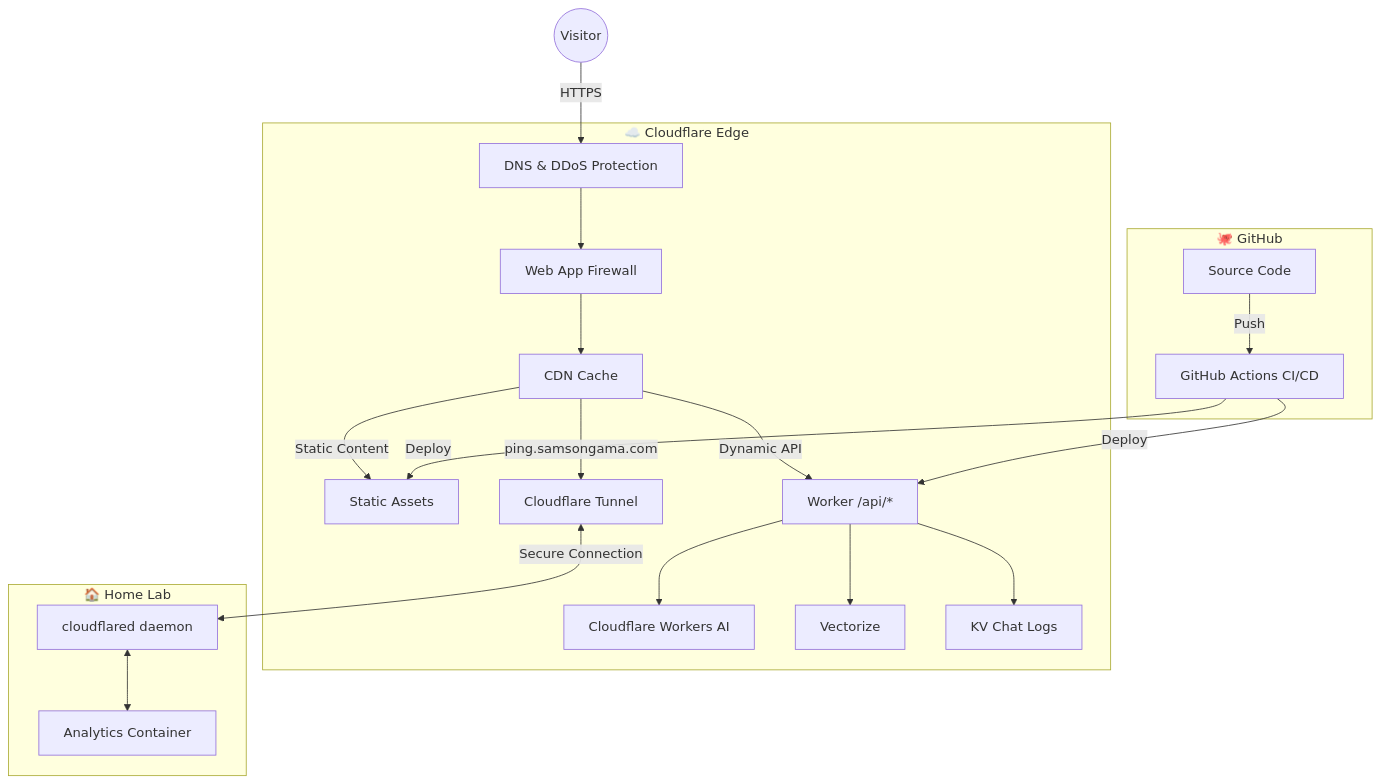
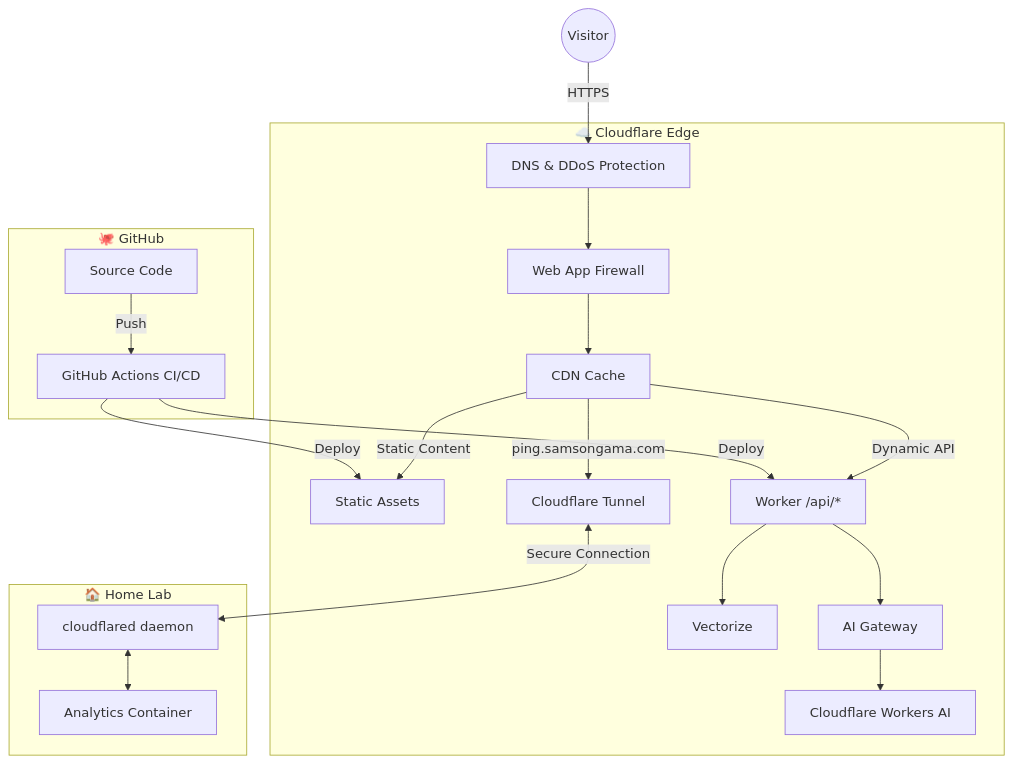
The first of 3 diagrams in content/posts/2026-01-26-website-stack/index.md (sgama/sg), drawn with Mermaid before and after one commit. The commit also changed 24 other files, not shown here.

Commit message:
Hono validation/body limit/secure headers, AI Gateway, Workers Logs; remove KV chat logs and /api/logs

```diff
--- a/content/posts/2026-01-26-website-stack/index.md
+++ b/content/posts/2026-01-26-website-stack/index.md
@@ -23,44 +23,44 @@
 {{< mermaid >}}
 graph TD
 User((Visitor))
 
 subgraph Cloudflare["☁️ Cloudflare Edge"]
     DNS[DNS & DDoS Protection]
     CDN[CDN Cache]
     WAF[Web App Firewall]
     Assets[Static Assets]
     Functions[Worker /api/*]
     Workers[Cloudflare Workers AI]
     Vectorize[Vectorize]
-    KV[KV Chat Logs]
+    Gateway[AI Gateway]
     Tunnel[Cloudflare Tunnel]
 end
 
 subgraph Github["🐙 GitHub"]
     Repo[Source Code]
     Actions[GitHub Actions CI/CD]
 end
 
 subgraph HomeLab["🏠 Home Lab"]
     Cloudflared[cloudflared daemon]
     Analytics[Analytics Container]
 end
 
 User -->|HTTPS| DNS
 DNS --> WAF
 WAF --> CDN
 
 CDN -->|Static Content| Assets
 CDN -->|Dynamic API| Functions
-Functions --> Workers
+Functions --> Gateway
+Gateway --> Workers
 Functions --> Vectorize
-Functions --> KV
 CDN -->|ping.samsongama.com| Tunnel
 
 Tunnel <-->|Secure Connection| Cloudflared
 Cloudflared <--> Analytics
 
 Repo -->|Push| Actions
 Actions -->|Deploy| Assets
 Actions -->|Deploy| Functions
 {{< /mermaid >}}
```
